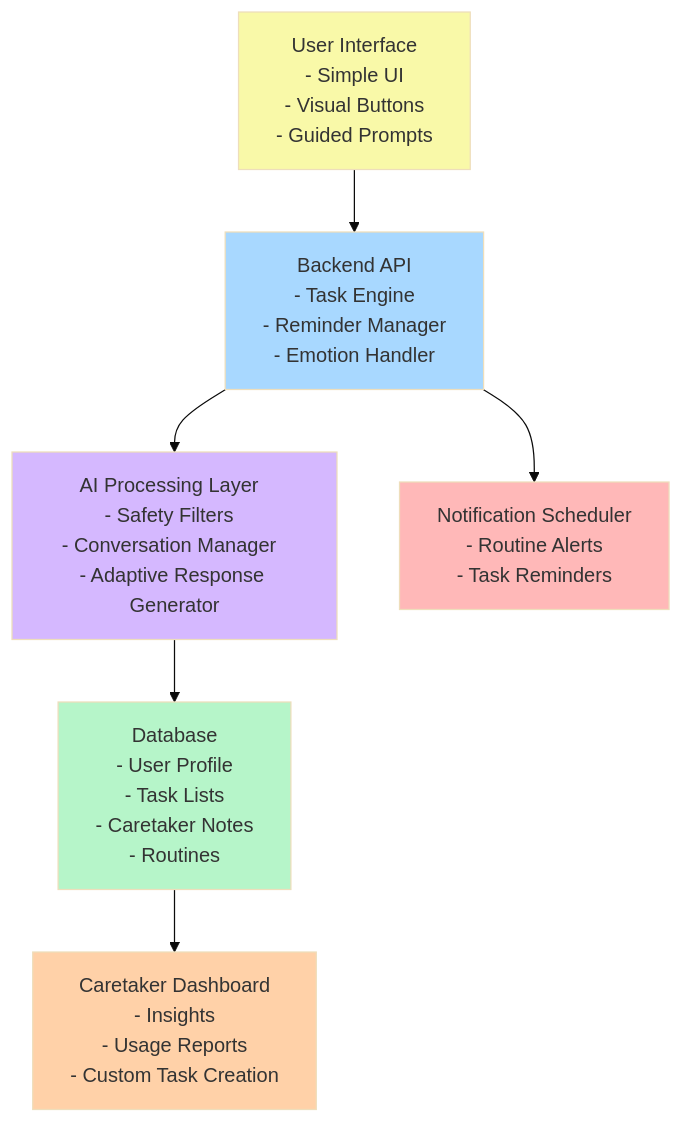
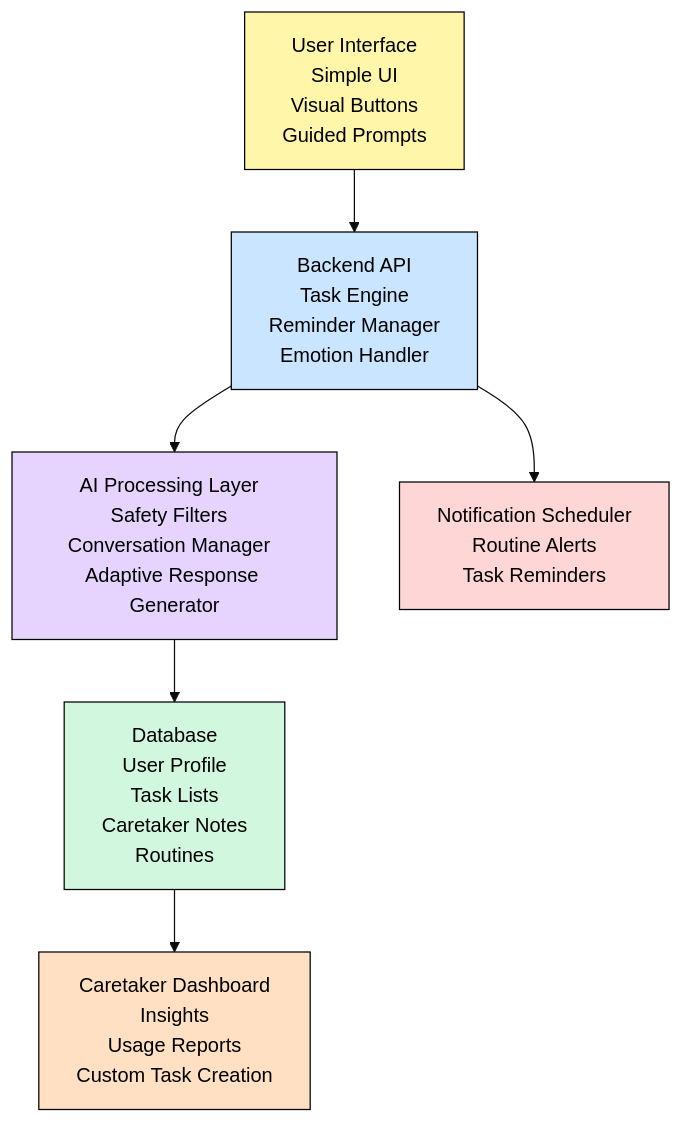
The second of 2 diagrams in README.md (SarangRao20/CTC), drawn with Mermaid (base theme) before and after one commit. The commit also changed other lines of this file, not shown here.

Commit message:
Refine workflow diagram in README
Updated flowchart styles and added missing elements.

````diff
--- a/README.md
+++ b/README.md
@@ -63,38 +63,39 @@
 ```mermaid
 flowchart TD
 
 A[User Interface  
-- Simple UI  
-- Visual Buttons  
-- Guided Prompts] --> B[Backend API  
-- Task Engine  
-- Reminder Manager  
-- Emotion Handler]
+Simple UI  
+Visual Buttons  
+Guided Prompts] --> B[Backend API  
+Task Engine  
+Reminder Manager  
+Emotion Handler]
 
 B --> C[AI Processing Layer  
-- Safety Filters  
-- Conversation Manager  
-- Adaptive Response Generator]
+Safety Filters  
+Conversation Manager  
+Adaptive Response Generator]
 
 C --> D[Database  
-- User Profile  
-- Task Lists  
-- Caretaker Notes  
-- Routines]
+User Profile  
+Task Lists  
+Caretaker Notes  
+Routines]
 
 D --> E[Caretaker Dashboard  
-- Insights  
-- Usage Reports  
-- Custom Task Creation]
+Insights  
+Usage Reports  
+Custom Task Creation]
 
 B --> F[Notification Scheduler  
-- Routine Alerts  
-- Task Reminders]
+Routine Alerts  
+Task Reminders]
 
-style A fill:#f9f9a8
-style B fill:#a8d8ff
-style C fill:#d5b8ff
-style D fill:#b6f5c9
-style E fill:#ffd1a8
-style F fill:#ffb8b8
+%% Styling
+style A fill:#fff6a9,stroke:#000,color:#000
+style B fill:#c9e5ff,stroke:#000,color:#000
+style C fill:#e6d4ff,stroke:#000,color:#000
+style D fill:#d2f7df,stroke:#000,color:#000
+style E fill:#ffe0c2,stroke:#000,color:#000
+style F fill:#ffd6d6,stroke:#000,color:#000
 ```
````
